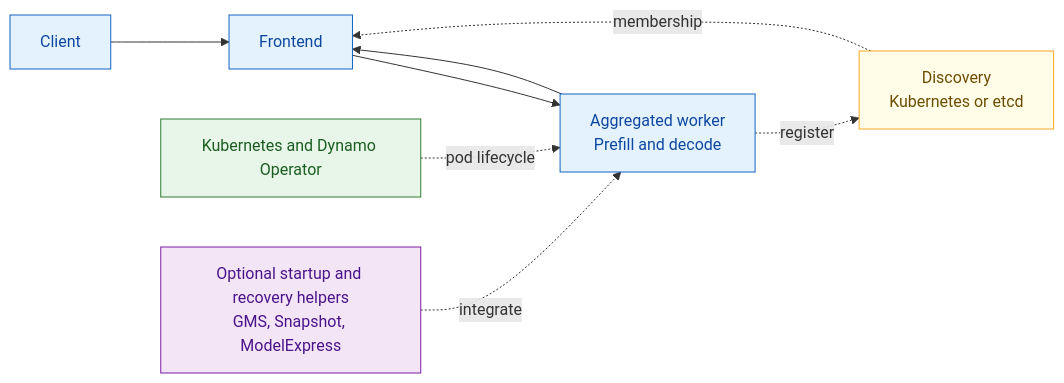
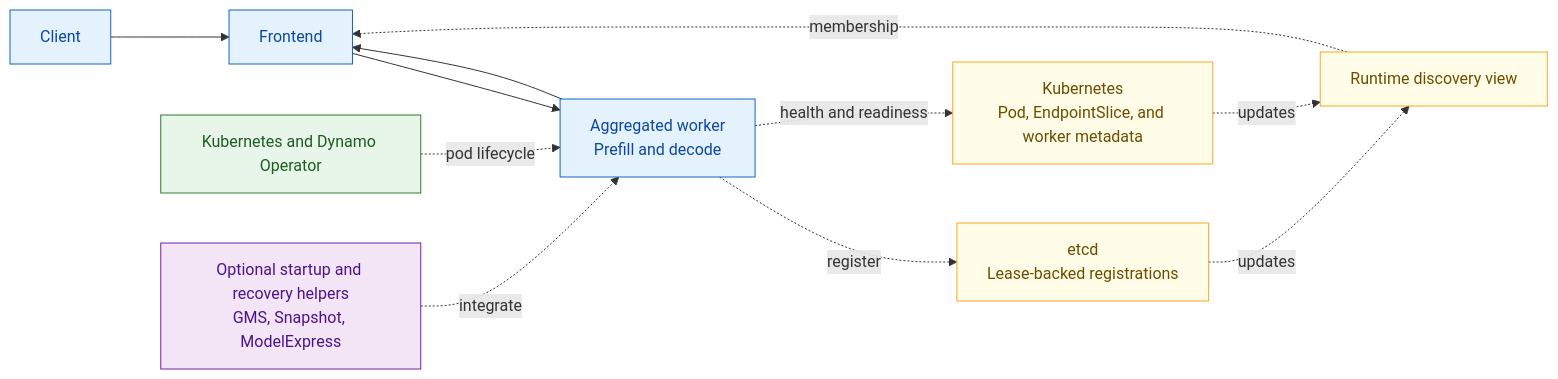
The first of 3 diagrams in docs/fern/pages/developer-guide/knowledge-base/concepts/fault-tolerance/fault-tolerance-architecture.md (ai-dynamo/dynamo), drawn with Mermaid before and after one commit. The commit also changed other lines of this file, not shown here.

````diff
--- a/docs/fern/pages/developer-guide/knowledge-base/concepts/fault-tolerance/fault-tolerance-architecture.md
+++ b/docs/fern/pages/developer-guide/knowledge-base/concepts/fault-tolerance/fault-tolerance-architecture.md
@@ -35,19 +35,22 @@
 ```mermaid
 flowchart LR
        classDef request fill:#E3F2FD,stroke:#1565C0,color:#0D47A1
        classDef runtime fill:#FFF3E0,stroke:#EF6C00,color:#E65100
        classDef discovery fill:#FFFDE7,stroke:#F9A825,color:#6D4C00
        classDef platform fill:#E8F5E9,stroke:#2E7D32,color:#1B5E20
        classDef optional fill:#F3E5F5,stroke:#7B1FA2,color:#4A148C
        Client["Client"] --> Frontend["Frontend"]
        Frontend --> Worker["Aggregated worker<br/>Prefill and decode"]
        Worker --> Frontend
-       Discovery["Discovery<br/>Kubernetes or etcd"] -. membership .-> Frontend
-       Worker -. register .-> Discovery
+       Discovery["Runtime discovery view"] -. membership .-> Frontend
+       Etcd["etcd<br/>Lease-backed registrations"] -. updates .-> Discovery
+       KubeDiscovery["Kubernetes<br/>Pod, EndpointSlice, and worker metadata"] -. updates .-> Discovery
+       Worker -. register .-> Etcd
+       Worker -. health and readiness .-> KubeDiscovery
        Kubernetes["Kubernetes and Dynamo Operator"] -. pod lifecycle .-> Worker
        Optional["Optional startup and recovery helpers<br/>GMS, Snapshot, ModelExpress"] -. integrate .-> Worker
        class Client,Frontend,Worker request
-       class Discovery discovery
+       class Discovery,Etcd,KubeDiscovery discovery
        class Kubernetes platform
        class Optional optional
 ```
````
